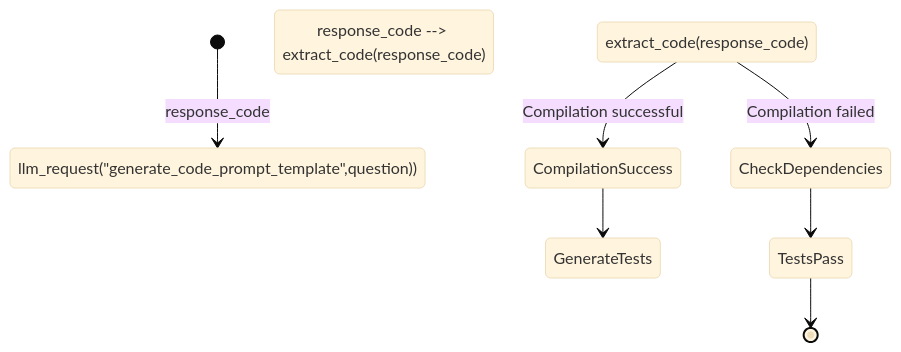
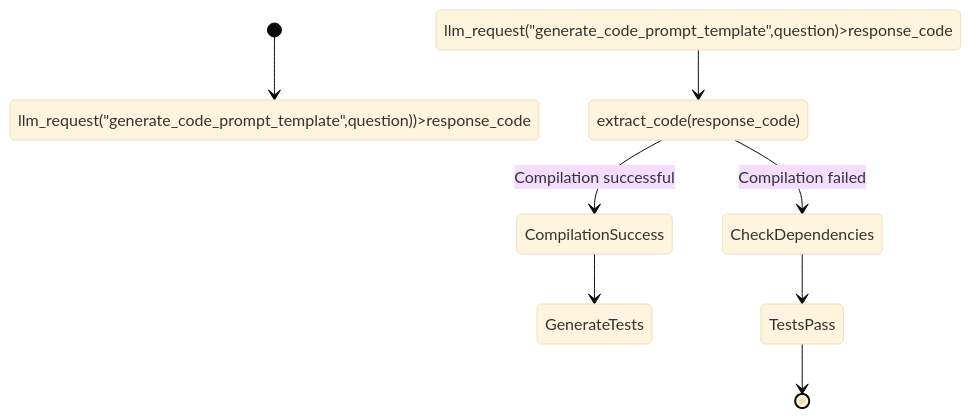
Before and after one commit to rizgan/LLM-Logic-Exec-Verify: the diagram in state.md, drawn with Mermaid (base theme).

````diff
--- a/state.md
+++ b/state.md
@@ -1,10 +1,10 @@
 ```mermaid
 stateDiagram
-[*] --> llm_request("generate_code_prompt_template",question)):response_code
-llm_request("generate_code_prompt_template",question):response_code --> extract_code(response_code)
+[*] --> llm_request("generate_code_prompt_template",question))>response_code
+llm_request("generate_code_prompt_template",question)>response_code --> extract_code(response_code)
 extract_code(response_code) --> CompilationSuccess : Compilation successful
 extract_code(response_code) --> CheckDependencies : Compilation failed
 CompilationSuccess --> GenerateTests
 CheckDependencies  --> TestsPass
 TestsPass --> [*]
 ```
````
